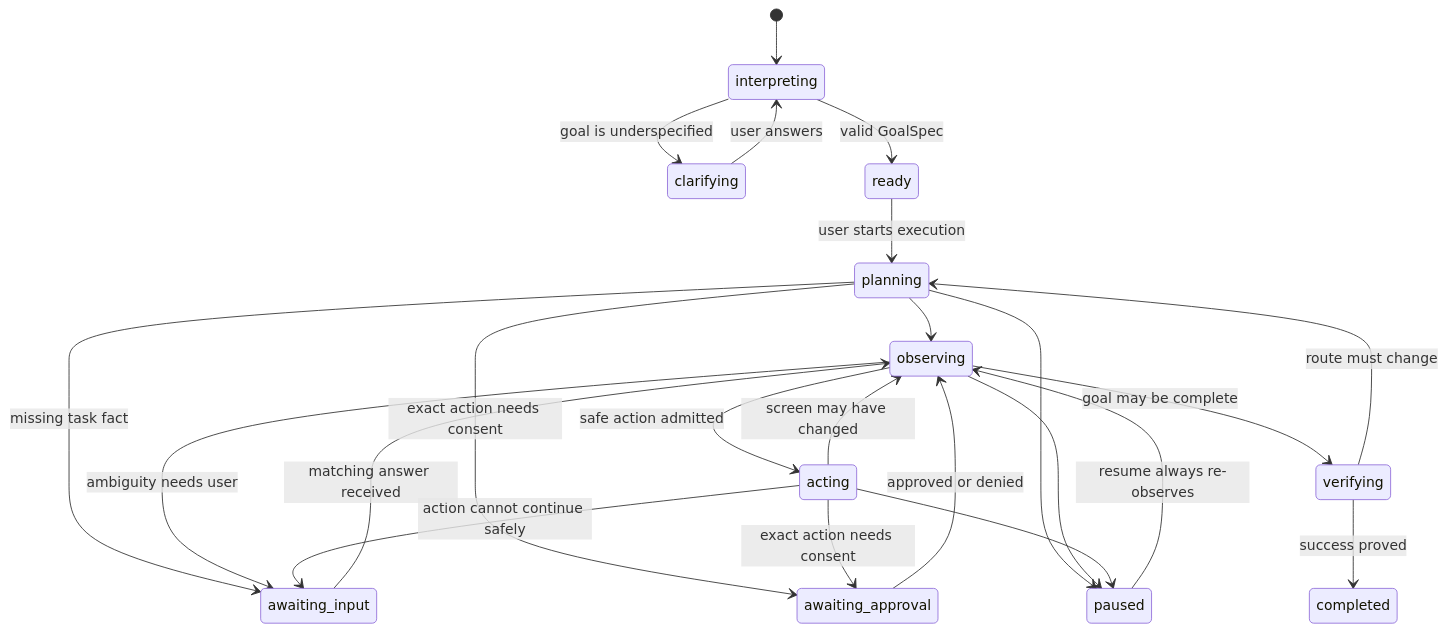
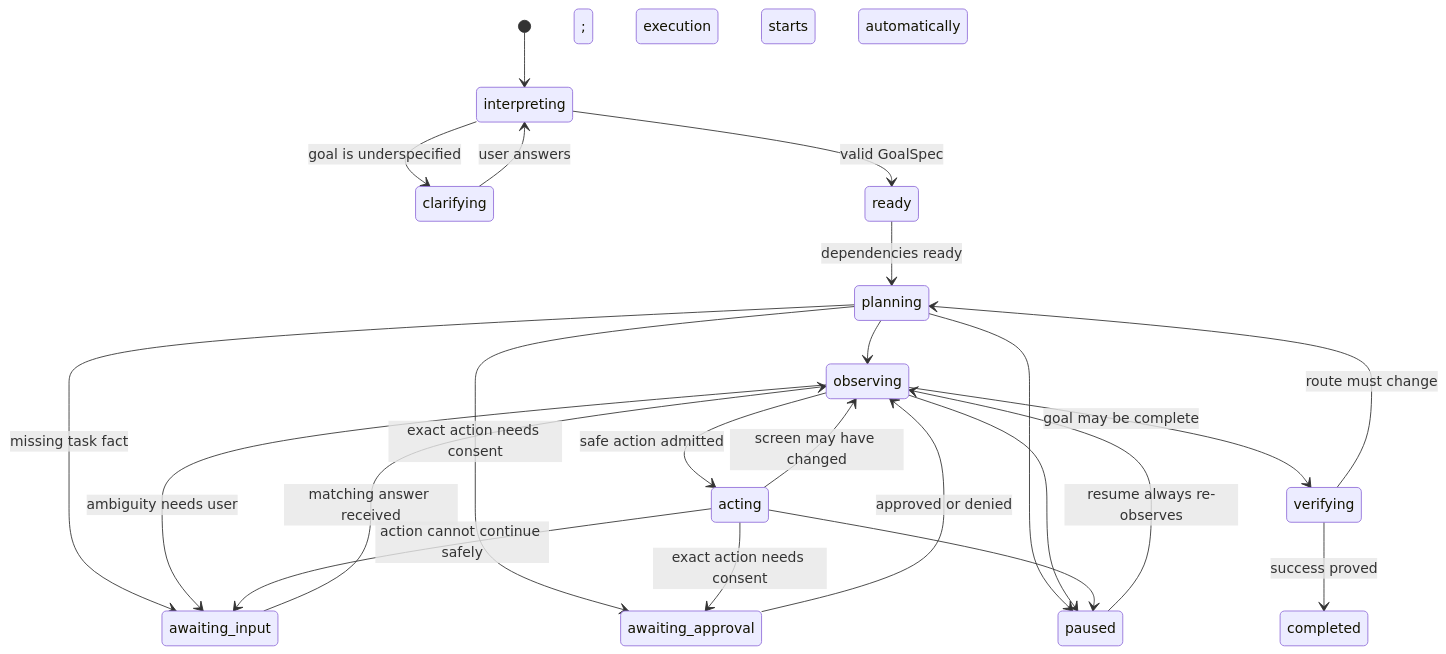
Before and after one commit to ducnguyen67201/TroCode: the second of 2 diagrams in docs/conversational-task-execution.md, drawn with Mermaid. The commit also changed other lines of this file and 14 other files, not shown here.

````diff
--- a/docs/conversational-task-execution.md
+++ b/docs/conversational-task-execution.md
@@ -96,25 +99,25 @@
 ```mermaid
 stateDiagram-v2
     [*] --> interpreting
     interpreting --> clarifying: goal is underspecified
     clarifying --> interpreting: user answers
     interpreting --> ready: valid GoalSpec
-    ready --> planning: user starts execution
+    ready --> planning: dependencies ready; execution starts automatically
     planning --> observing
     observing --> acting: safe action admitted
     acting --> observing: screen may have changed
     observing --> verifying: goal may be complete
     verifying --> planning: route must change
     verifying --> completed: success proved
     planning --> awaiting_input: missing task fact
     observing --> awaiting_input: ambiguity needs user
     acting --> awaiting_input: action cannot continue safely
     awaiting_input --> observing: matching answer received
     planning --> awaiting_approval: exact action needs consent
     acting --> awaiting_approval: exact action needs consent
     awaiting_approval --> observing: approved or denied
     planning --> paused
     observing --> paused
     acting --> paused
     paused --> observing: resume always re-observes
 ```
````
